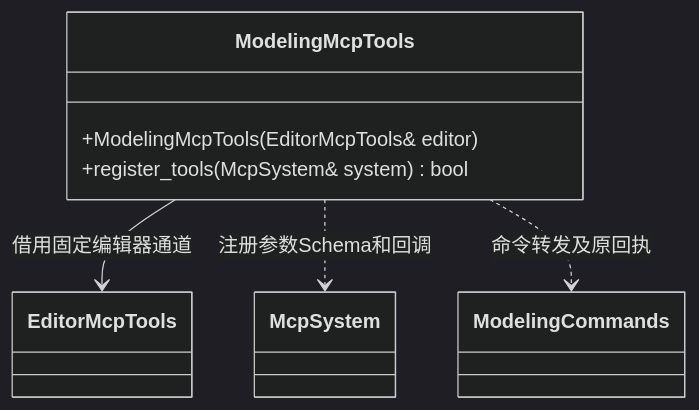
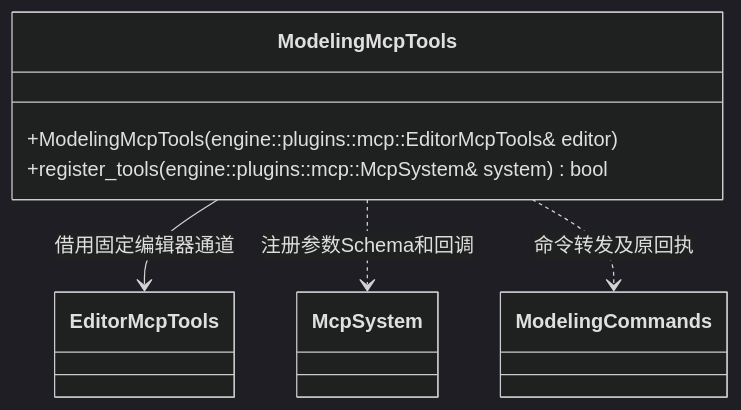
One commit to lcals/Engine changed the diagram in docs/plugins/editor/class-diagrams/modeling-mcp-tools.md. Above: the diagram before and after it, drawn with Mermaid (dark theme). The commit also changed other lines of this file and 199 other files, not shown here.

````diff
--- a/docs/plugins/editor/class-diagrams/modeling-mcp-tools.md
+++ b/docs/plugins/editor/class-diagrams/modeling-mcp-tools.md
@@ -5,13 +7,13 @@
 ```mermaid
 classDiagram
     class ModelingMcpTools {
-        +ModelingMcpTools(EditorMcpTools& editor)
-        +register_tools(McpSystem& system) bool
+        +ModelingMcpTools(engine::plugins::mcp::EditorMcpTools& editor)
+        +register_tools(engine::plugins::mcp::McpSystem& system) bool
     }
     class EditorMcpTools
     class McpSystem
     class ModelingCommands
     ModelingMcpTools --> EditorMcpTools : 借用固定编辑器通道
     ModelingMcpTools ..> McpSystem : 注册参数Schema和回调
     ModelingMcpTools ..> ModelingCommands : 命令转发及原回执
 ```
````
